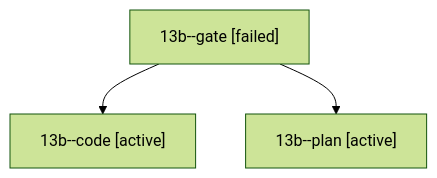
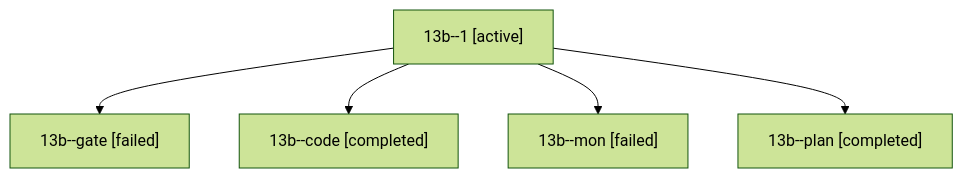
The diagram in sessions/bbugyi200.athena.13b.md (sase-org/sase--agents), drawn with Mermaid (forest theme) before and after one commit. The commit also changed other lines of this file and 129 other files, not shown here.

````diff
--- a/sessions/bbugyi200.athena.13b.md
+++ b/sessions/bbugyi200.athena.13b.md
@@ -9,8 +9,12 @@
 ```mermaid
 flowchart TD
-  n0["13b--gate [failed]"]
-  n1["13b--code [active]"]
+  n0["13b--1 [active]"]
+  n1["13b--gate [failed]"]
   n0 --> n1
-  n2["13b--plan [active]"]
+  n2["13b--code [completed]"]
   n0 --> n2
+  n3["13b--mon [failed]"]
+  n0 --> n3
+  n4["13b--plan [completed]"]
+  n0 --> n4
 ```
````
